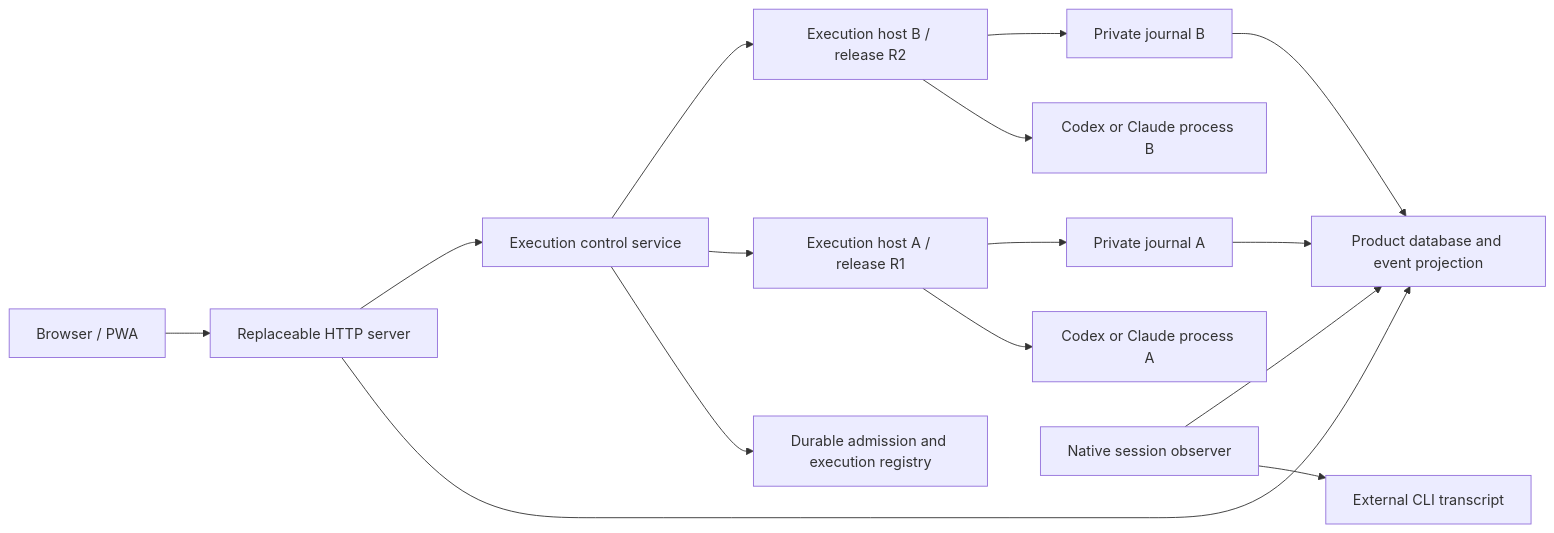
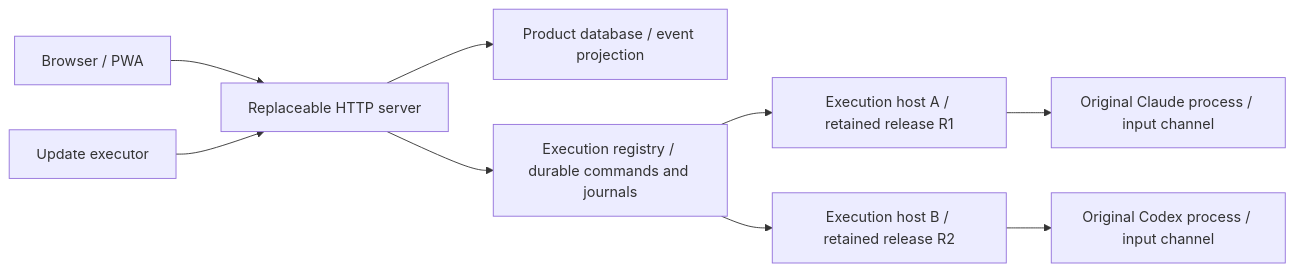
The diagram in docs/SESSION-LIFECYCLE.md (incipienstation/palmagent), drawn with Mermaid before and after one commit. The commit also changed other lines of this file and 40 other files, not shown here.

````diff
--- a/docs/SESSION-LIFECYCLE.md
+++ b/docs/SESSION-LIFECYCLE.md
@@ -44,17 +20,11 @@
 ```mermaid
 flowchart LR
-  Browser[Browser / PWA] --> API[Replaceable HTTP server]
-  API --> Projection[Product database and event projection]
-  API --> Control[Execution control service]
-  Control --> Registry[Durable admission and execution registry]
-  Control --> HostA[Execution host A / release R1]
-  Control --> HostB[Execution host B / release R2]
-  HostA --> AgentA[Codex or Claude process A]
-  HostB --> AgentB[Codex or Claude process B]
-  HostA --> JournalA[Private journal A]
-  HostB --> JournalB[Private journal B]
-  JournalA --> Projection
-  JournalB --> Projection
-  Observer[Native session observer] --> Transcript[External CLI transcript]
-  Observer --> Projection
+  Browser[Browser / PWA] --> Web[Replaceable HTTP server]
+  Web --> Product[Product database / event projection]
+  Web --> Registry[Execution registry / durable commands and journals]
+  Registry --> A[Execution host A / retained release R1]
+  Registry --> B[Execution host B / retained release R2]
+  A --> Claude[Original Claude process / input channel]
+  B --> Codex[Original Codex process / input channel]
+  Updater[Update executor] --> Web
 ```
````
